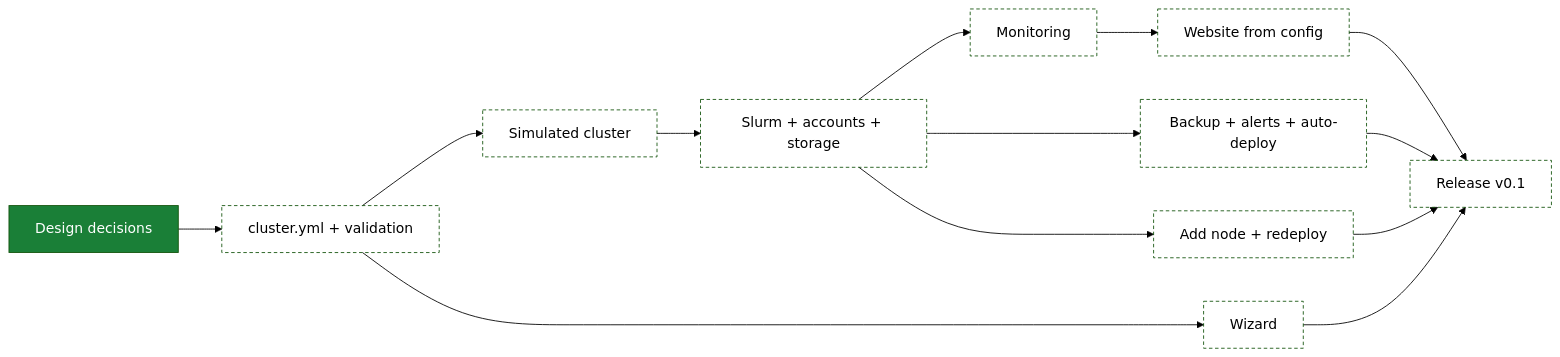
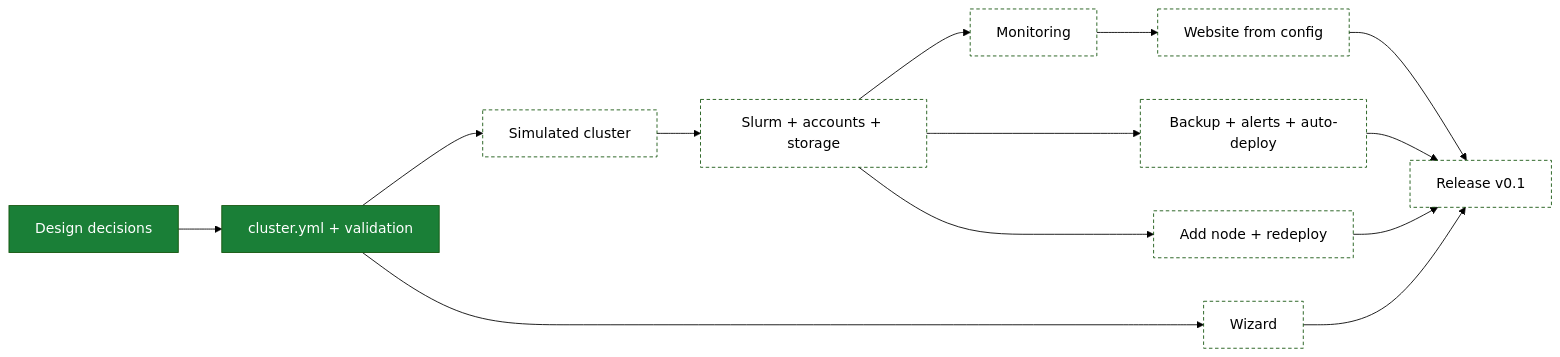
One commit to enajx/nanoHPC changed the diagram in TODO.md. Above: the diagram before and after it, drawn with Mermaid (forest theme). The commit also changed other lines of this file and 11 other files, not shown here.

First line of the commit message:
Add cluster.yml format and nanohpc validate

````diff
--- a/TODO.md
+++ b/TODO.md
@@ -11,19 +11,19 @@
 ```mermaid
 flowchart LR
   classDef done fill:#1a7f37,color:#fff
   classDef wip fill:#d4a72c,color:#000
   classDef queued fill:none,stroke-dasharray:4 3
 
-  D[Design decisions]:::done --> C[cluster.yml + validation]:::queued
+  D[Design decisions]:::done --> C[cluster.yml + validation]:::done
   C --> SIM[Simulated cluster]:::queued
   SIM --> S[Slurm + accounts + storage]:::queued
   S --> M[Monitoring]:::queued
   M --> W[Website from config]:::queued
   S --> BK[Backup + alerts + auto-deploy]:::queued
   C --> WZ[Wizard]:::queued
   S --> N[Add node + redeploy]:::queued
   W --> R[Release v0.1]:::queued
   BK --> R
   WZ --> R
   N --> R
 ```
````
